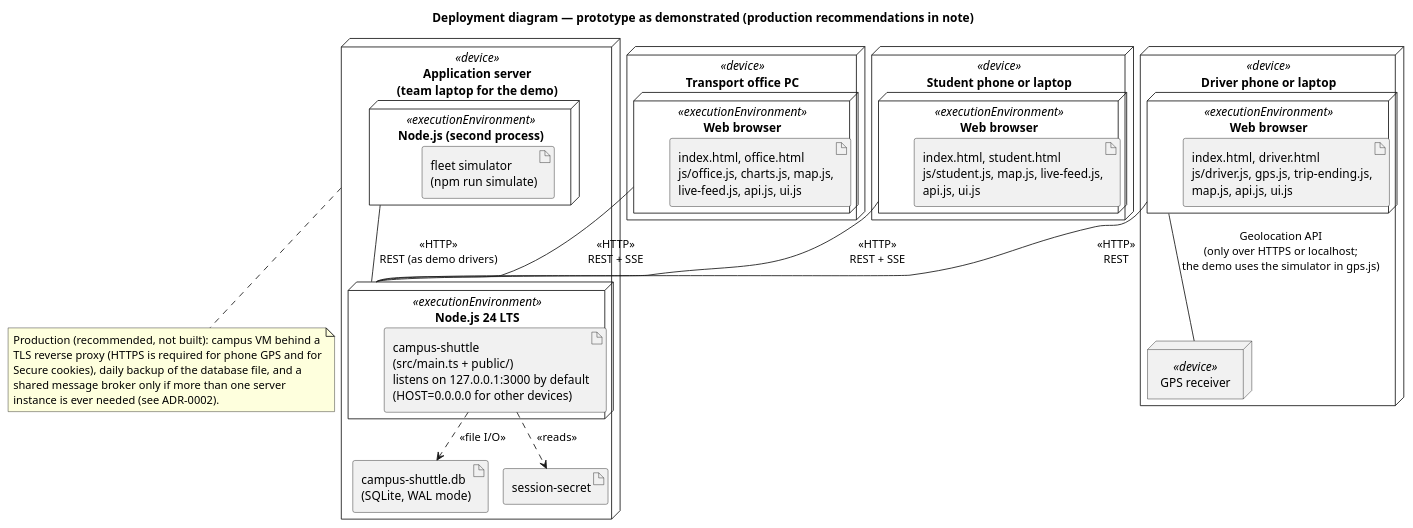
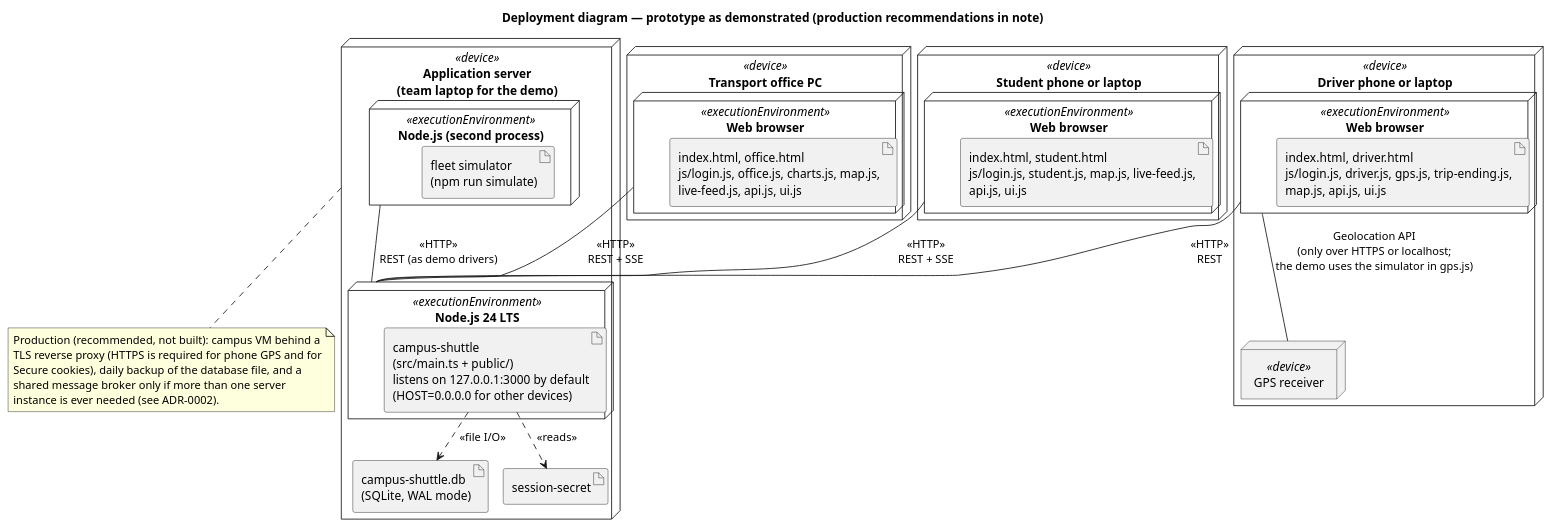
One commit to abdullahshammari796-ctrl/CampusShuttle changed the diagram in docs/uml/11-deployment-diagram.puml. Above: the diagram before and after it, drawn with PlantUML. The commit also changed 14 other files, not shown here.

First line of the commit message:
docs(uml): correct 10 diagram sources after a second member-by-member comparison

```diff
--- a/docs/uml/11-deployment-diagram.puml
+++ b/docs/uml/11-deployment-diagram.puml
@@ -1,52 +1,52 @@
 @startuml 11-deployment-diagram
 !pragma layout smetana
 skinparam shadowing false
 skinparam defaultFontName Arial
 title Deployment diagram — prototype as demonstrated (production recommendations in note)
 
 node "Student phone or laptop" as StudentDev <<device>> {
   node "Web browser" as StudentBrowser <<executionEnvironment>> {
-    artifact "index.html, student.html\njs/student.js, map.js, live-feed.js,\napi.js, ui.js" as StudentArt
+    artifact "index.html, student.html\njs/login.js, student.js, map.js, live-feed.js,\napi.js, ui.js" as StudentArt
   }
 }
 
 node "Driver phone or laptop" as DriverDev <<device>> {
   node "Web browser" as DriverBrowser <<executionEnvironment>> {
-    artifact "index.html, driver.html\njs/driver.js, gps.js, trip-ending.js,\nmap.js, api.js, ui.js" as DriverArt
+    artifact "index.html, driver.html\njs/login.js, driver.js, gps.js, trip-ending.js,\nmap.js, api.js, ui.js" as DriverArt
   }
   node "GPS receiver" as Gps <<device>>
 }
 
 node "Transport office PC" as OfficeDev <<device>> {
   node "Web browser" as OfficeBrowser <<executionEnvironment>> {
-    artifact "index.html, office.html\njs/office.js, charts.js, map.js,\nlive-feed.js, api.js, ui.js" as OfficeArt
+    artifact "index.html, office.html\njs/login.js, office.js, charts.js, map.js,\nlive-feed.js, api.js, ui.js" as OfficeArt
   }
 }
 
 node "Application server\n(team laptop for the demo)" as ServerDev <<device>> {
   node "Node.js 24 LTS" as NodeEnv <<executionEnvironment>> {
     artifact "campus-shuttle\n(src/main.ts + public/)\nlistens on 127.0.0.1:3000 by default\n(HOST=0.0.0.0 for other devices)" as AppArt
   }
   node "Node.js (second process)" as SimEnv <<executionEnvironment>> {
     artifact "fleet simulator\n(npm run simulate)" as SimArt
   }
   artifact "campus-shuttle.db\n(SQLite, WAL mode)" as DbArt
   artifact "session-secret" as SecretArt
 }
 
 StudentBrowser -- NodeEnv : <<HTTP>>\nREST + SSE
 DriverBrowser -- NodeEnv : <<HTTP>>\nREST
 OfficeBrowser -- NodeEnv : <<HTTP>>\nREST + SSE
 SimEnv -- NodeEnv : <<HTTP>>\nREST (as demo drivers)
 DriverBrowser -- Gps : Geolocation API\n(only over HTTPS or localhost;\nthe demo uses the simulator in gps.js)
 AppArt ..> DbArt : <<file I/O>>
 AppArt ..> SecretArt : <<reads>>
 
 note bottom of ServerDev
   Production (recommended, not built): campus VM behind a
   TLS reverse proxy (HTTPS is required for phone GPS and for
   Secure cookies), daily backup of the database file, and a
   shared message broker only if more than one server
   instance is ever needed (see ADR-0002).
 end note
 @enduml
```
